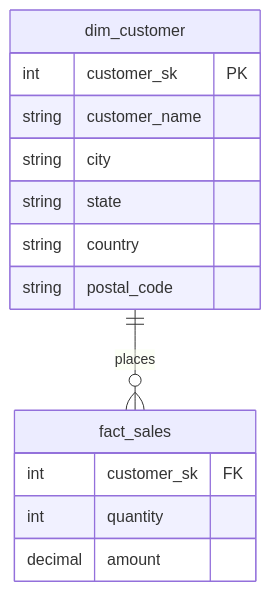
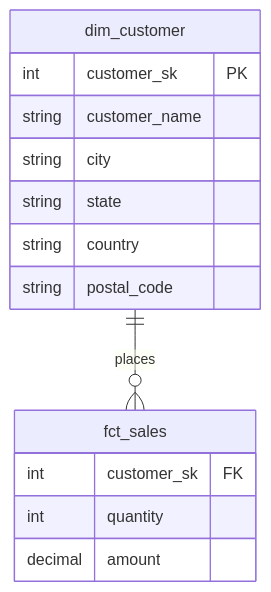
Before and after one commit to dyvenia/dim-modelling-docs: the first of 2 diagrams in src/patterns/outtrigger.md, drawn with Mermaid. The commit also changed other lines of this file and 8 other files, not shown here.

Commit message:
🎨 Align fact prefix to `fct_` in the remaining 9 pages

````diff
--- a/src/patterns/outtrigger.md
+++ b/src/patterns/outtrigger.md
@@ -32,19 +32,19 @@
 ```mermaid
 erDiagram
-    dim_customer ||--o{ fact_sales : "places"
+    dim_customer ||--o{ fct_sales : "places"
 
     dim_customer {
         int customer_sk PK
         string customer_name
         string city
         string state
         string country
         string postal_code
     }
 
-    fact_sales {
+    fct_sales {
         int customer_sk FK
         int quantity
         decimal amount
     }
 ```
````
